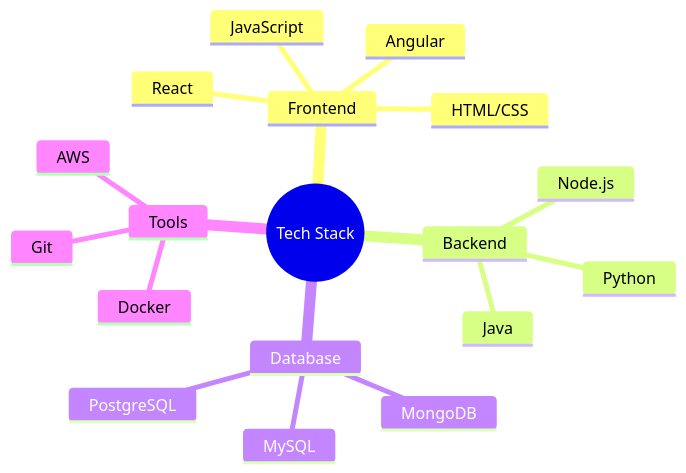
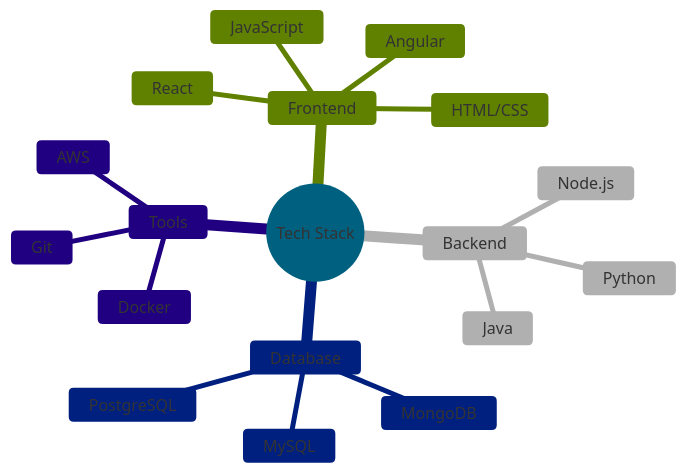
The first of 3 diagrams in README.md (udithanayanajith/udithanayanajith), drawn with Mermaid before and after one commit.

````diff
--- a/README.md
+++ b/README.md
@@ -12,22 +12,23 @@
 ```mermaid
-%%{init: {'theme': 'light', 'themeVariables': { 'fontSize': '16px'}}}%%
+%%{init: {'theme': 'base', 'themeVariables': { 'fontSize': '16px', 'primaryColor': '#00BFFF', 'edgeLabelBackground':'#ffffff', 'tertiaryColor': '#F0F0F0'}}}%%
 mindmap
   root((Tech Stack))
     Frontend
       HTML/CSS
       JavaScript
       React
       Angular
     Backend
       Node.js
       Python
       Java
     Database
       MongoDB
       MySQL
       PostgreSQL
     Tools
       Git
       Docker
       AWS
+
 ```
````
